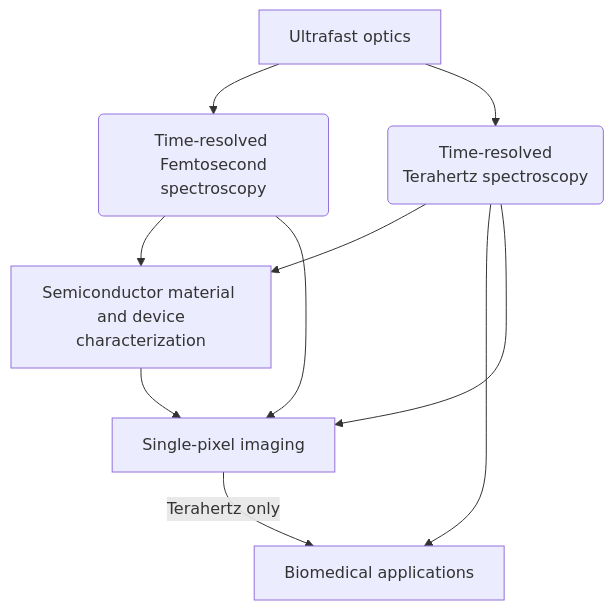
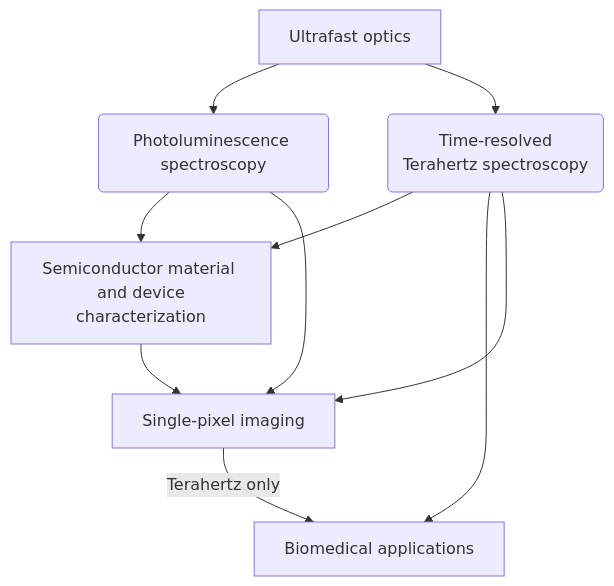
Before and after one commit to raykostantchev/rayko_research_group: the diagram in content/positions/Masters/index.md, drawn with Mermaid. The commit also changed 6 other files, not shown here.

````diff
--- a/content/positions/Masters/index.md
+++ b/content/positions/Masters/index.md
@@ -41,12 +41,12 @@
 ```mermaid
 flowchart TD
-    A[Ultrafast optics] --> B(Time-resolved \n Femtosecond spectroscopy) 
+    A[Ultrafast optics] --> B(Photoluminescence spectroscopy) 
     A --> C(Time-resolved \n Terahertz spectroscopy)
     B-->  D[Semiconductor material \n and device characterization]
     C --> D
     C --> E[Biomedical applications]
     B --> F
     C  --> F[Single-pixel imaging] 
     F --> |Terahertz only| E
     D --> F
 ```
````
